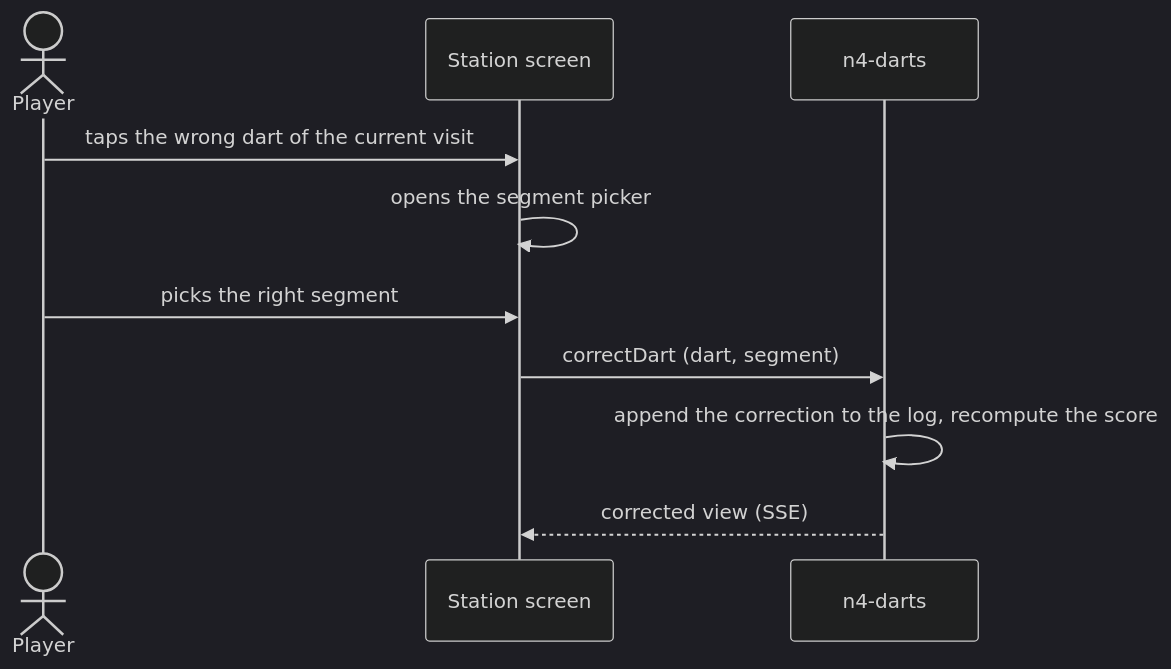
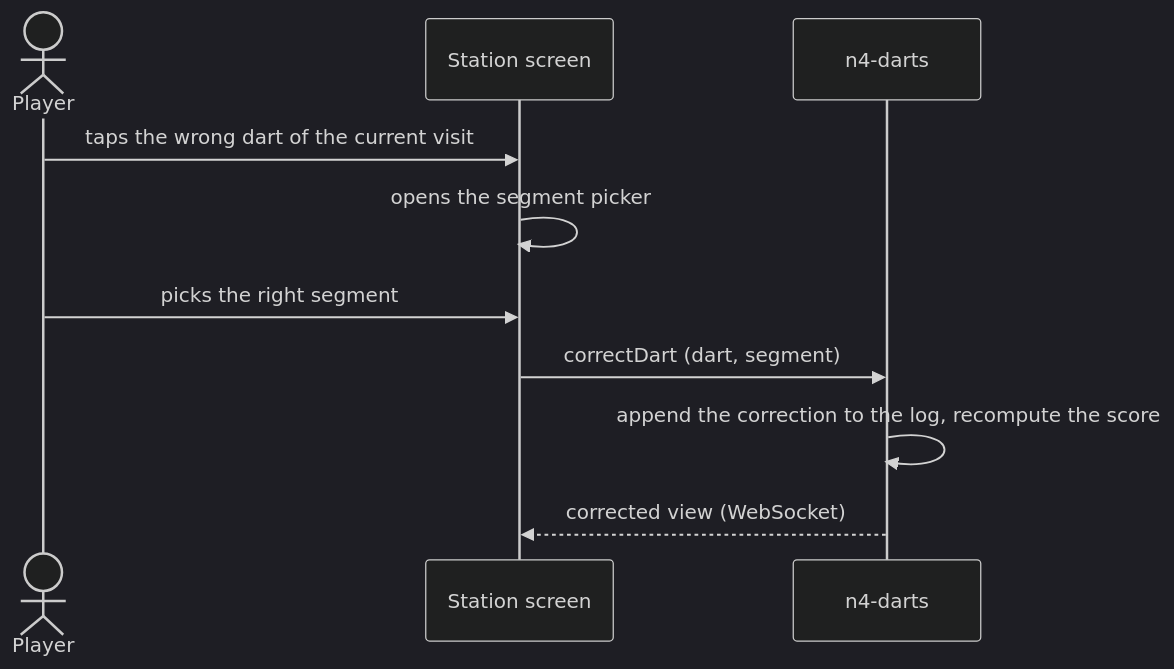
Before and after one commit to sverbach/n4-darts: the second of 7 diagrams in docs/architecture/06-runtime-view.md, drawn with Mermaid (dark theme). The commit also changed other lines of this file and 12 other files, not shown here.

Commit message:
Live views over WebSockets in the docs: ADR 0011, README proxy note, OPS-04, architecture and glossary (live-websockets 03)

````diff
--- a/docs/architecture/06-runtime-view.md
+++ b/docs/architecture/06-runtime-view.md
@@ -33,13 +33,13 @@
 ```mermaid
 sequenceDiagram
     actor P as Player
     participant S as Station screen
     participant N as n4-darts
 
     P->>S: taps the wrong dart of the current visit
     S->>S: opens the segment picker
     P->>S: picks the right segment
     S->>N: correctDart (dart, segment)
     N->>N: append the correction to the log, recompute the score
-    N-->>S: corrected view (SSE)
+    N-->>S: corrected view (WebSocket)
 ```
````
